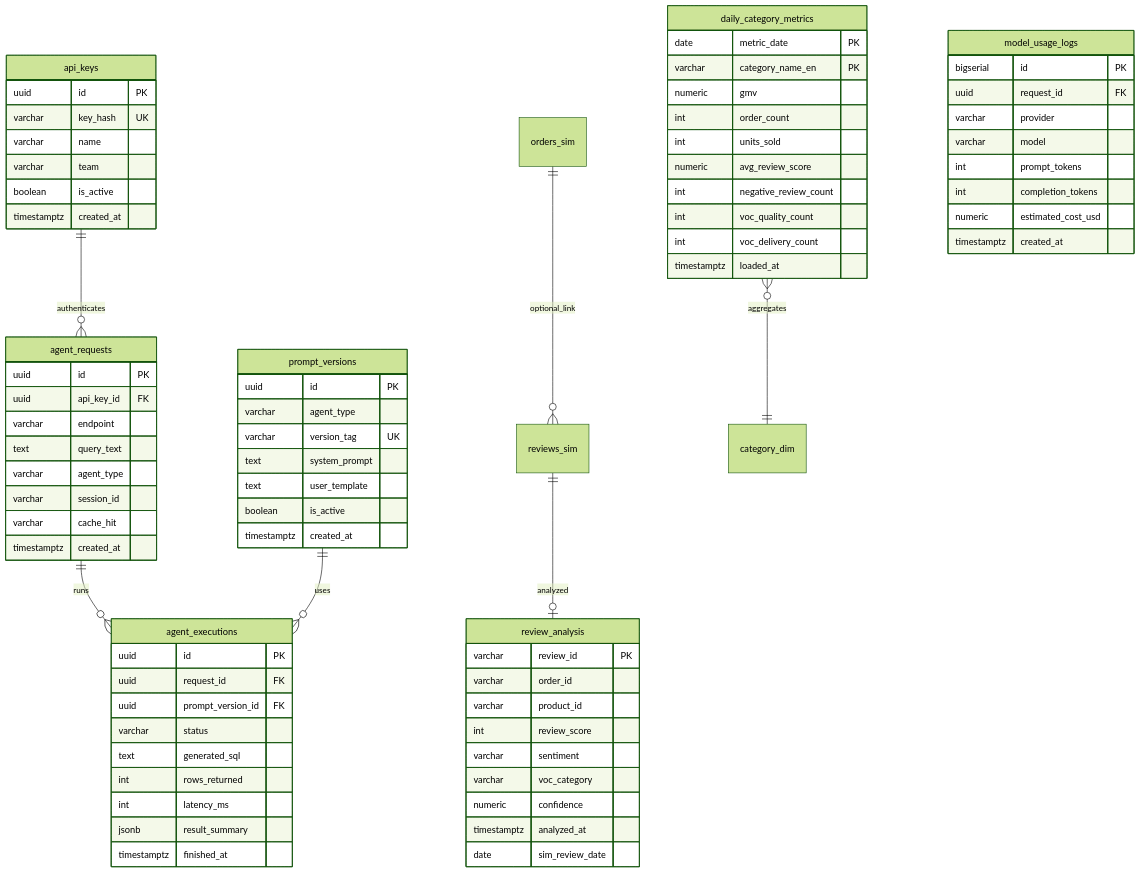
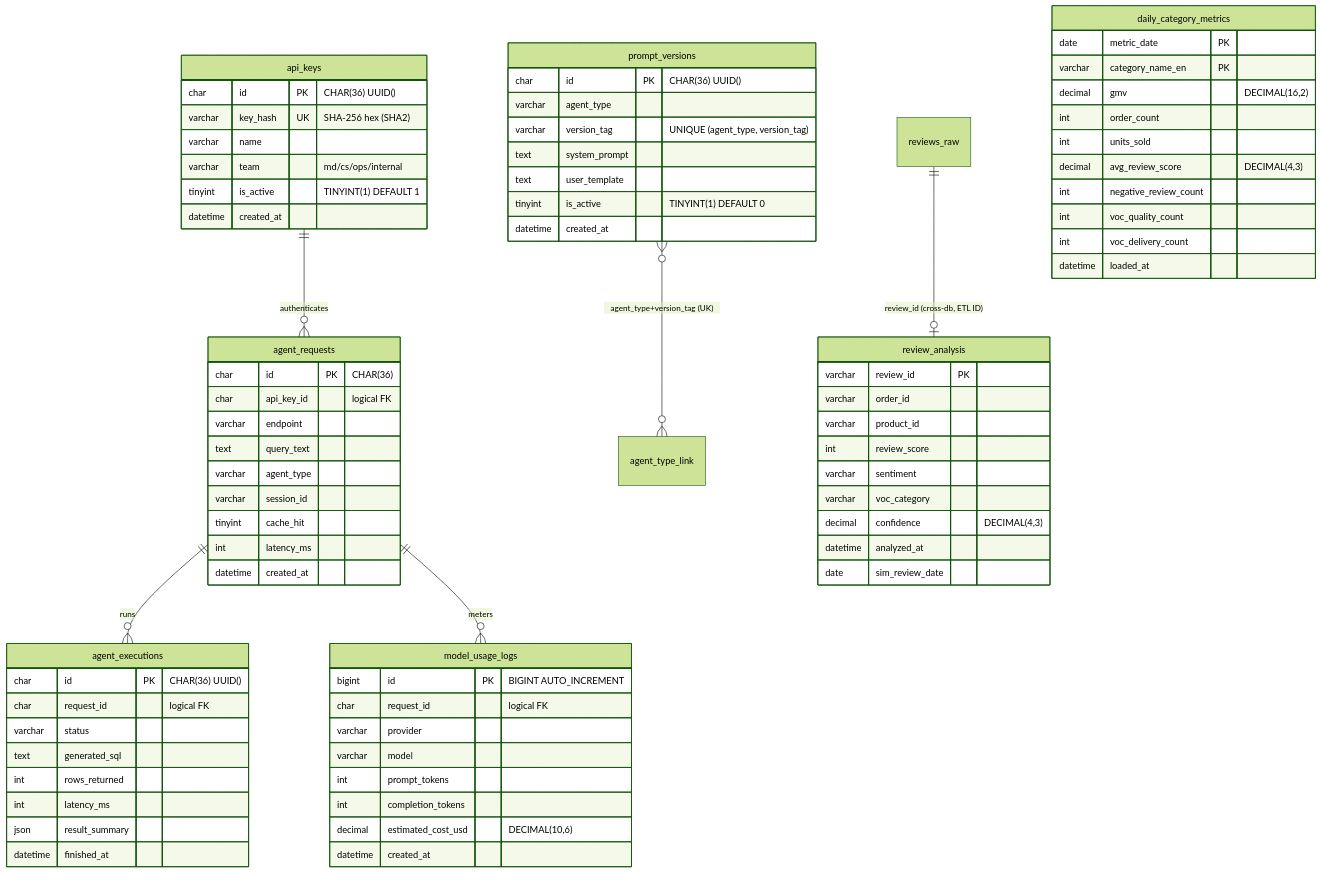
The second of 2 diagrams in docs/ERD.md (archdsp/AI_Commerce_Operation_Platform), drawn with Mermaid (forest theme) before and after one commit. The commit also changed other lines of this file and 9 other files, not shown here.

````diff
--- a/docs/ERD.md
+++ b/docs/ERD.md
@@ -144,62 +150,61 @@
 erDiagram
     api_keys ||--o{ agent_requests : authenticates
     agent_requests ||--o{ agent_executions : runs
-    prompt_versions ||--o{ agent_executions : uses
-    orders_sim ||--o{ reviews_sim : optional_link
-    reviews_sim ||--o| review_analysis : analyzed
-    daily_category_metrics }o--|| category_dim : aggregates
+    agent_requests ||--o{ model_usage_logs : meters
+    prompt_versions }o--o{ agent_type_link : "agent_type+version_tag (UK)"
+    reviews_raw ||--o| review_analysis : "review_id (cross-db, ETL ID)"
 
     api_keys {
-        uuid id PK
-        varchar key_hash UK
+        char id PK "CHAR(36) UUID()"
+        varchar key_hash UK "SHA-256 hex (SHA2)"
         varchar name
-        varchar team
-        boolean is_active
-        timestamptz created_at
+        varchar team "md/cs/ops/internal"
+        tinyint is_active "TINYINT(1) DEFAULT 1"
+        datetime created_at
+    }
+
+    prompt_versions {
+        char id PK "CHAR(36) UUID()"
+        varchar agent_type
+        varchar version_tag "UNIQUE (agent_type, version_tag)"
+        text system_prompt
+        text user_template
+        tinyint is_active "TINYINT(1) DEFAULT 0"
+        datetime created_at
     }
 
     agent_requests {
-        uuid id PK
-        uuid api_key_id FK
+        char id PK "CHAR(36)"
+        char api_key_id "logical FK"
         varchar endpoint
         text query_text
         varchar agent_type
         varchar session_id
-        varchar cache_hit
-        timestamptz created_at
+        tinyint cache_hit
+        int latency_ms
+        datetime created_at
     }
 
     agent_executions {
-        uuid id PK
-        uuid request_id FK
-        uuid prompt_version_id FK
+        char id PK "CHAR(36) UUID()"
+        char request_id "logical FK"
         varchar status
         text generated_sql
         int rows_returned
         int latency_ms
-        jsonb result_summary
-        timestamptz finished_at
-    }
-
-    prompt_versions {
-        uuid id PK
-        varchar agent_type
-        varchar version_tag UK
-        text system_prompt
-        text user_template
-        boolean is_active
-        timestamptz created_at
+        json result_summary
+        datetime finished_at
     }
 
     model_usage_logs {
-        bigserial id PK
-        uuid request_id FK
+        bigint id PK "BIGINT AUTO_INCREMENT"
+        char request_id "logical FK"
         varchar provider
         varchar model
         int prompt_tokens
         int completion_tokens
-        numeric estimated_cost_usd
-        timestamptz created_at
+        decimal estimated_cost_usd "DECIMAL(10,6)"
+        datetime created_at
     }
 
     review_analysis {
@@ -209,21 +214,21 @@
         int review_score
         varchar sentiment
         varchar voc_category
-        numeric confidence
-        timestamptz analyzed_at
+        decimal confidence "DECIMAL(4,3)"
+        datetime analyzed_at
         date sim_review_date
     }
 
     daily_category_metrics {
         date metric_date PK
         varchar category_name_en PK
-        numeric gmv
+        decimal gmv "DECIMAL(16,2)"
         int order_count
         int units_sold
-        numeric avg_review_score
+        decimal avg_review_score "DECIMAL(4,3)"
         int negative_review_count
         int voc_quality_count
         int voc_delivery_count
-        timestamptz loaded_at
+        datetime loaded_at
     }
 ```
````
